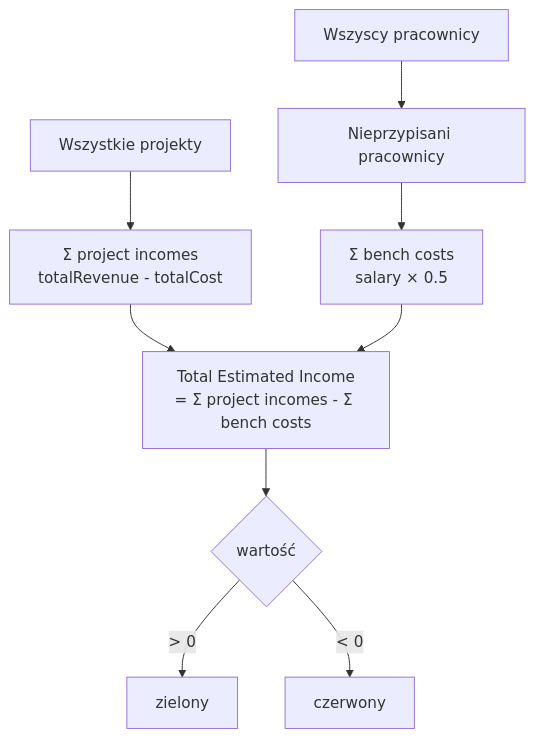
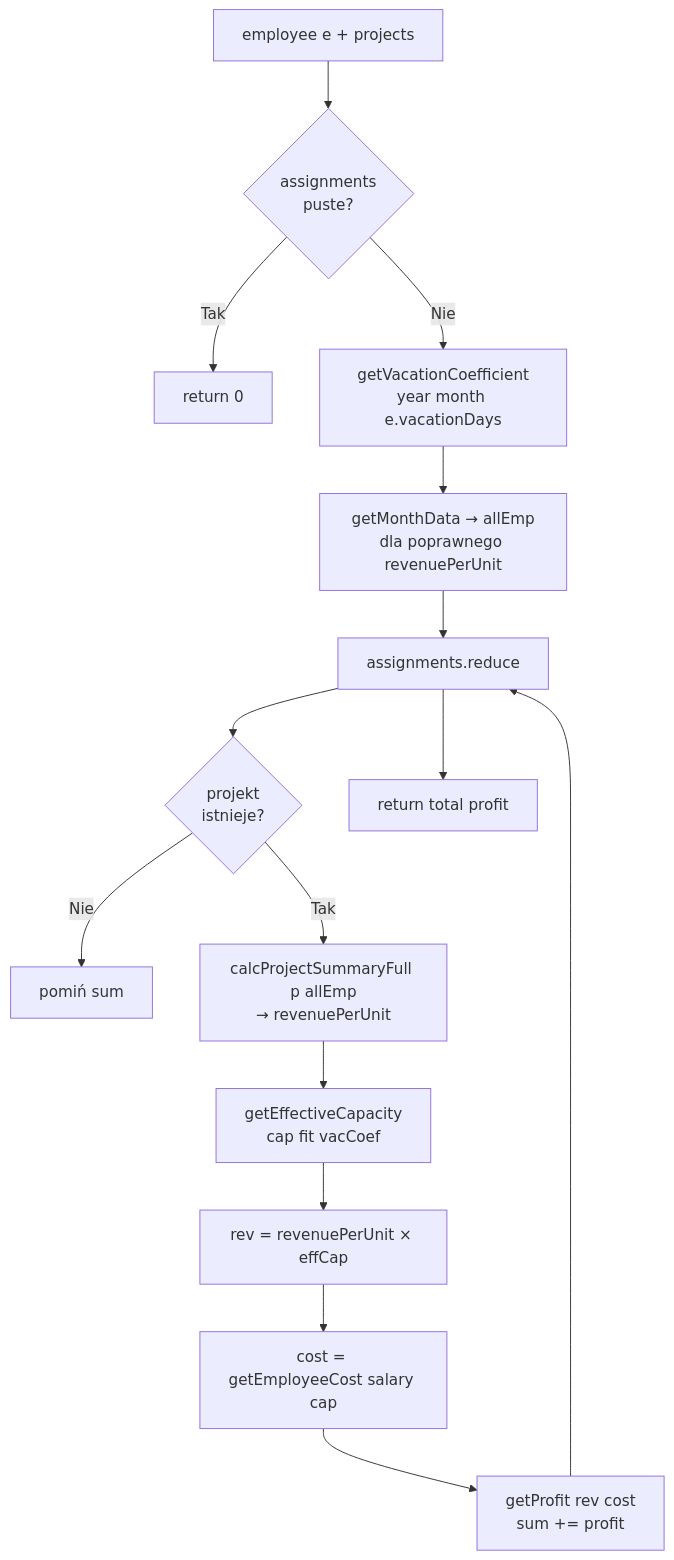
The fourth of 10 diagrams in doc/etap4_mermaid.md (AlanKowalzky/dashboard-project), drawn with Mermaid before and after one commit. The commit also changed other lines of this file and 10 other files, not shown here.

Commit message:
fix: .open class for panels, CSS specificity, hidden attr, seed state swap, vacationDays guard, sort icons restore, console.log diagnostics

````diff
--- a/doc/etap4_mermaid.md
+++ b/doc/etap4_mermaid.md
@@ -66,11 +102,17 @@
 ```mermaid
 flowchart TD
-    PROJECTS[Wszystkie projekty] --> PROJ_INCOME[Σ project incomes\ntotalRevenue - totalCost]
-    EMPLOYEES[Wszyscy pracownicy] --> UNASSIGNED[Nieprzypisani pracownicy]
-    UNASSIGNED --> BENCH[Σ bench costs\nsalary × 0.5]
-    PROJ_INCOME --> TOTAL[Total Estimated Income\n= Σ project incomes - Σ bench costs]
-    BENCH --> TOTAL
-    TOTAL --> COLOR{wartość}
-    COLOR -- > 0 --> GREEN[zielony]
-    COLOR -- < 0 --> RED[czerwony]
+    INPUT[employee e + projects] --> CHECK{assignments\npuste?}
+    CHECK -- Tak --> ZERO[return 0]
+    CHECK -- Nie --> VACCOEF[getVacationCoefficient\nyear month e.vacationDays]
+    VACCOEF --> ALLEMP[getMonthData → allEmp\ndla poprawnego revenuePerUnit]
+    ALLEMP --> REDUCE[assignments.reduce]
+    REDUCE --> FINDP{projekt\nistnieje?}
+    FINDP -- Nie --> SKIP[pomiń sum]
+    FINDP -- Tak --> RPU[calcProjectSummaryFull p allEmp\n→ revenuePerUnit]
+    RPU --> EFFCAP[getEffectiveCapacity\ncap fit vacCoef]
+    EFFCAP --> REV[rev = revenuePerUnit × effCap]
+    REV --> COST[cost = getEmployeeCost salary cap]
+    COST --> PROFIT[getProfit rev cost\nsum += profit]
+    PROFIT --> REDUCE
+    REDUCE --> RESULT[return total profit]
 ```
````
